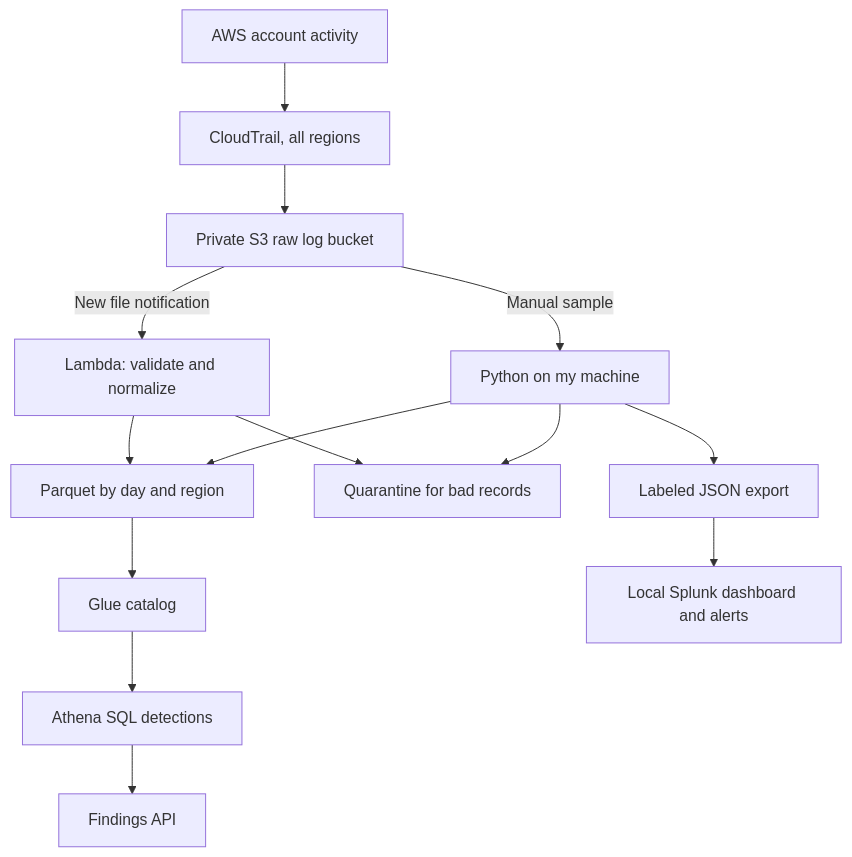
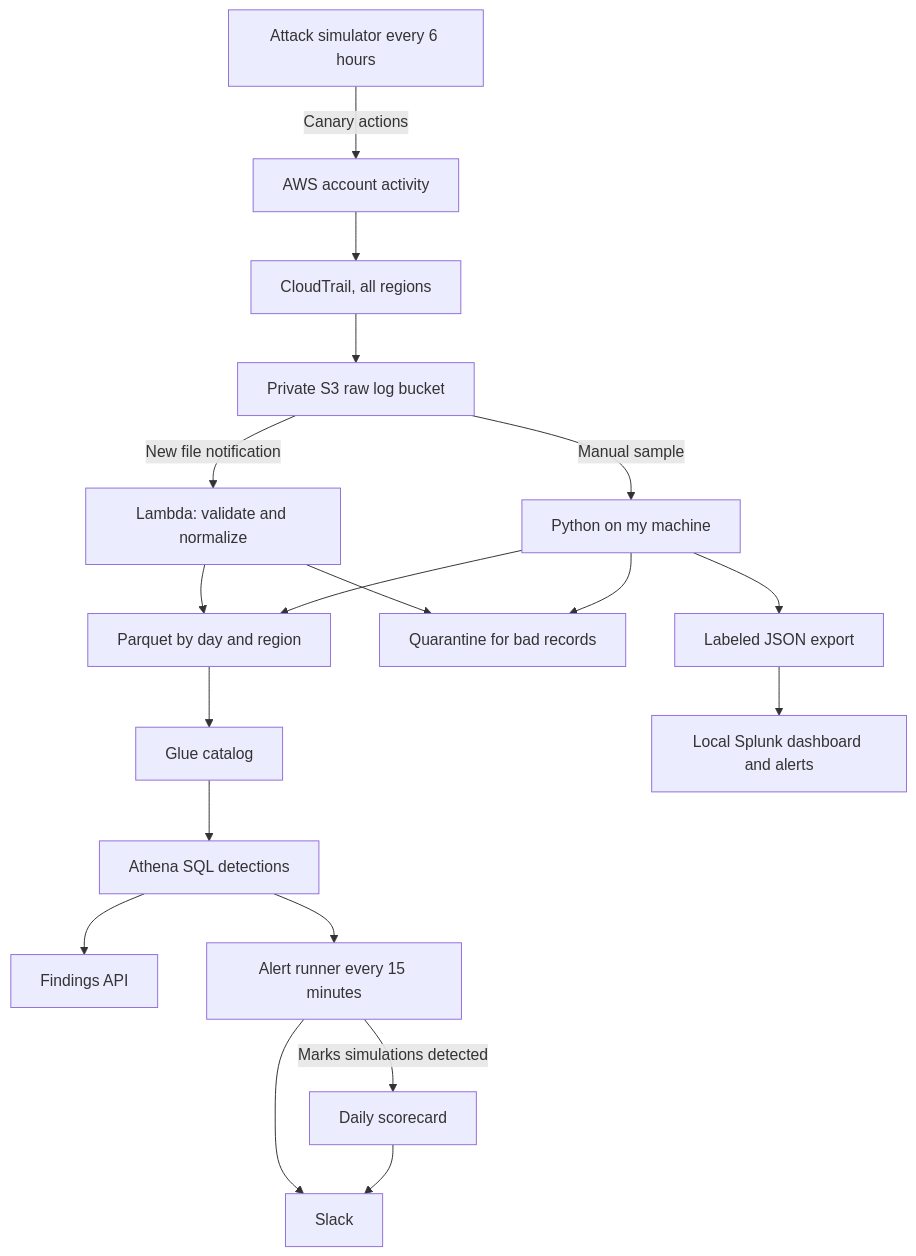
The diagram in README.md (echeekene/Cloud-detection-pipeline), drawn with Mermaid before and after one commit. The commit also changed other lines of this file and 7 other files, not shown here.

````diff
--- a/README.md
+++ b/README.md
@@ -29,16 +31,21 @@
 ```mermaid
 flowchart TD
     A[AWS account activity] --> B[CloudTrail, all regions]
     B --> C[Private S3 raw log bucket]
     C -->|New file notification| D[Lambda: validate and normalize]
     C -->|Manual sample| E[Python on my machine]
     D --> F[Parquet by day and region]
     E --> F
     D --> G[Quarantine for bad records]
     E --> G
     F --> H[Glue catalog]
     H --> I[Athena SQL detections]
     E --> J[Labeled JSON export]
     J --> K[Local Splunk dashboard and alerts]
     I --> L[Findings API]
+    I --> M[Alert runner every 15 minutes]
+    M --> N[Slack]
+    O[Attack simulator every 6 hours] -->|Canary actions| A
+    M -->|Marks simulations detected| P[Daily scorecard]
+    P --> N
 ```
````
